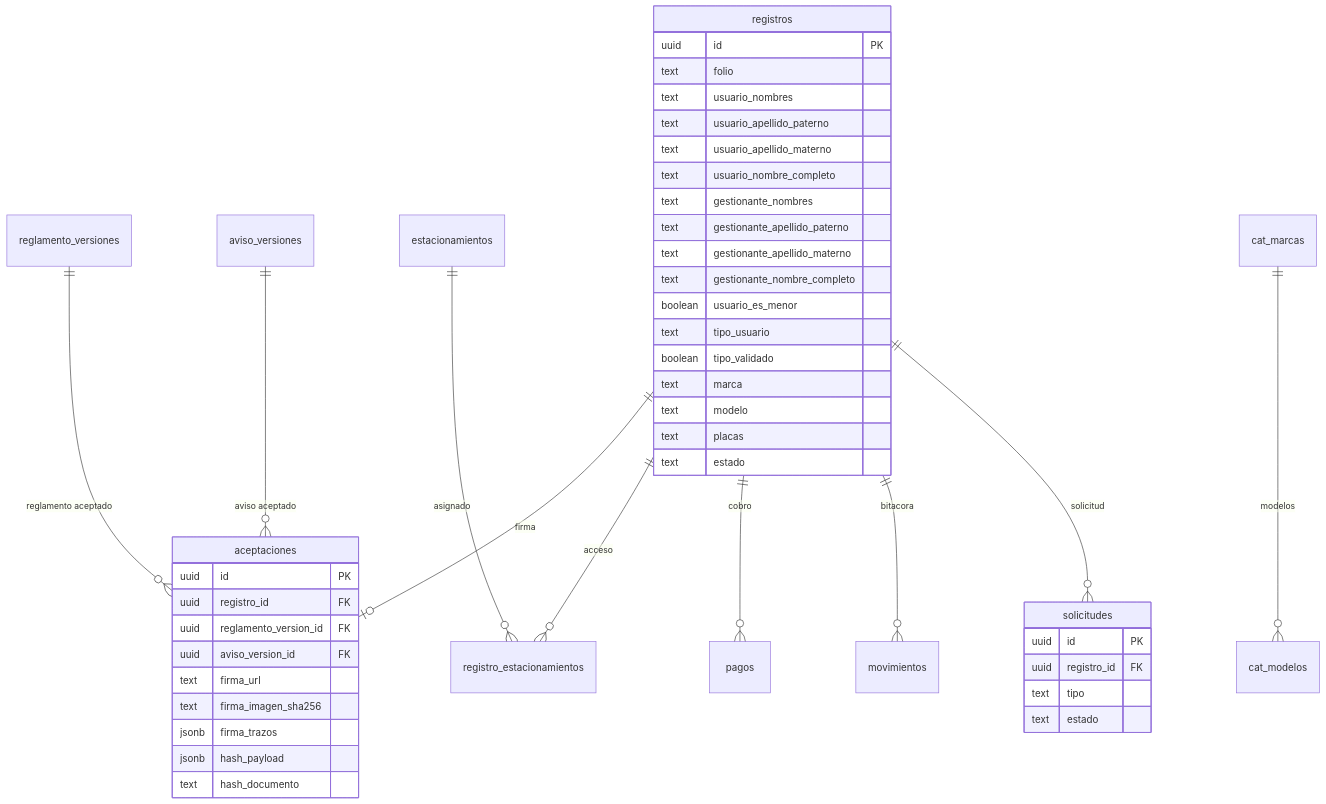
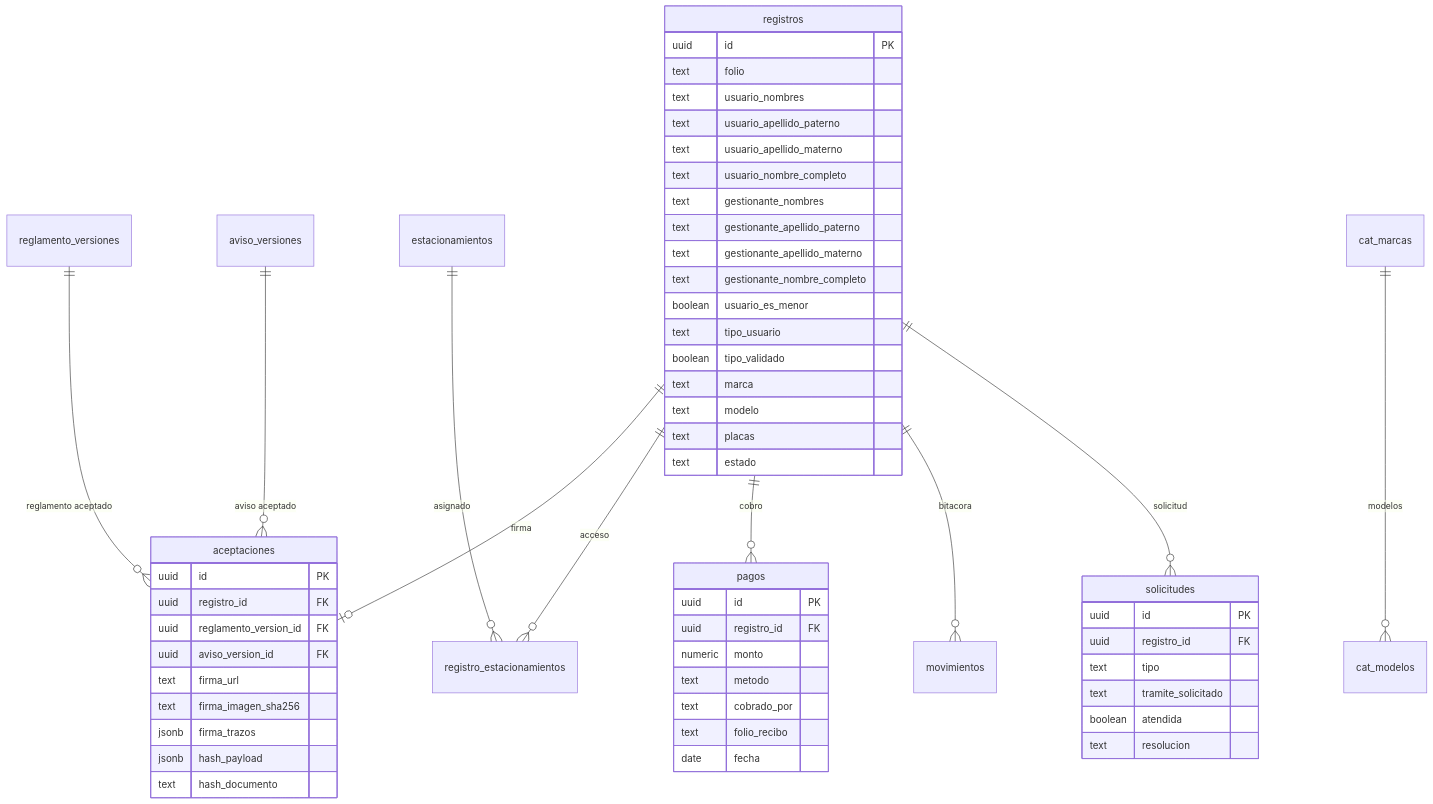
The diagram in Desarrollo/01 - Modelo de Datos y Base de Datos.md (Proyectos-Web-IAQ/SATAG), drawn with Mermaid before and after one commit. The commit also changed other lines of this file and 24 other files, not shown here.

````diff
--- a/Desarrollo/01 - Modelo de Datos y Base de Datos.md
+++ b/Desarrollo/01 - Modelo de Datos y Base de Datos.md
@@ -74,51 +76,63 @@
 ```mermaid
 erDiagram
     registros ||--o| aceptaciones : "firma"
     registros ||--o{ registro_estacionamientos : "acceso"
     estacionamientos ||--o{ registro_estacionamientos : "asignado"
     registros ||--o{ pagos : "cobro"
     registros ||--o{ movimientos : "bitacora"
     registros ||--o{ solicitudes : "solicitud"
     reglamento_versiones ||--o{ aceptaciones : "reglamento aceptado"
     aviso_versiones ||--o{ aceptaciones : "aviso aceptado"
     cat_marcas ||--o{ cat_modelos : "modelos"
 
     registros {
         uuid id PK
         text folio
         text usuario_nombres
         text usuario_apellido_paterno
         text usuario_apellido_materno
         text usuario_nombre_completo
         text gestionante_nombres
         text gestionante_apellido_paterno
         text gestionante_apellido_materno
         text gestionante_nombre_completo
         boolean usuario_es_menor
         text tipo_usuario
         boolean tipo_validado
         text marca
         text modelo
         text placas
         text estado
     }
 
     aceptaciones {
         uuid id PK
         uuid registro_id FK
         uuid reglamento_version_id FK
         uuid aviso_version_id FK
         text firma_url
         text firma_imagen_sha256
         jsonb firma_trazos
         jsonb hash_payload
         text hash_documento
     }
 
     solicitudes {
         uuid id PK
         uuid registro_id FK
         text tipo
-        text estado
+        text tramite_solicitado
+        boolean atendida
+        text resolucion
+    }
+
+    pagos {
+        uuid id PK
+        uuid registro_id FK
+        numeric monto
+        text metodo
+        text cobrado_por
+        text folio_recibo
+        date fecha
     }
 ```
````
